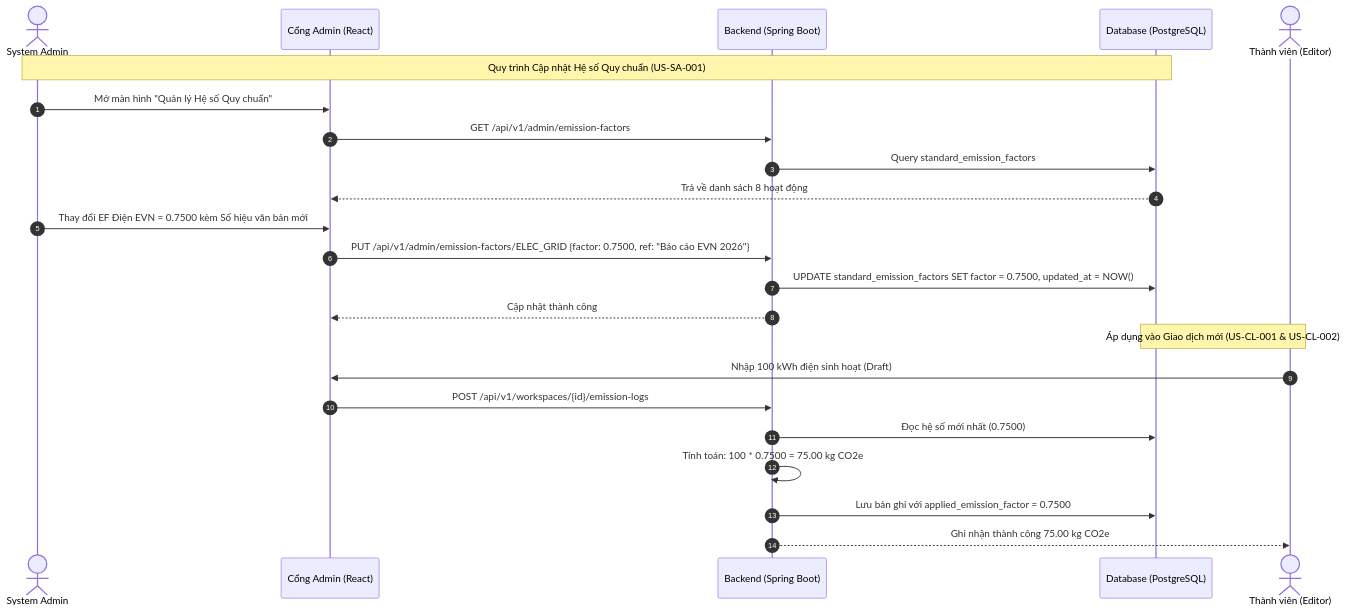
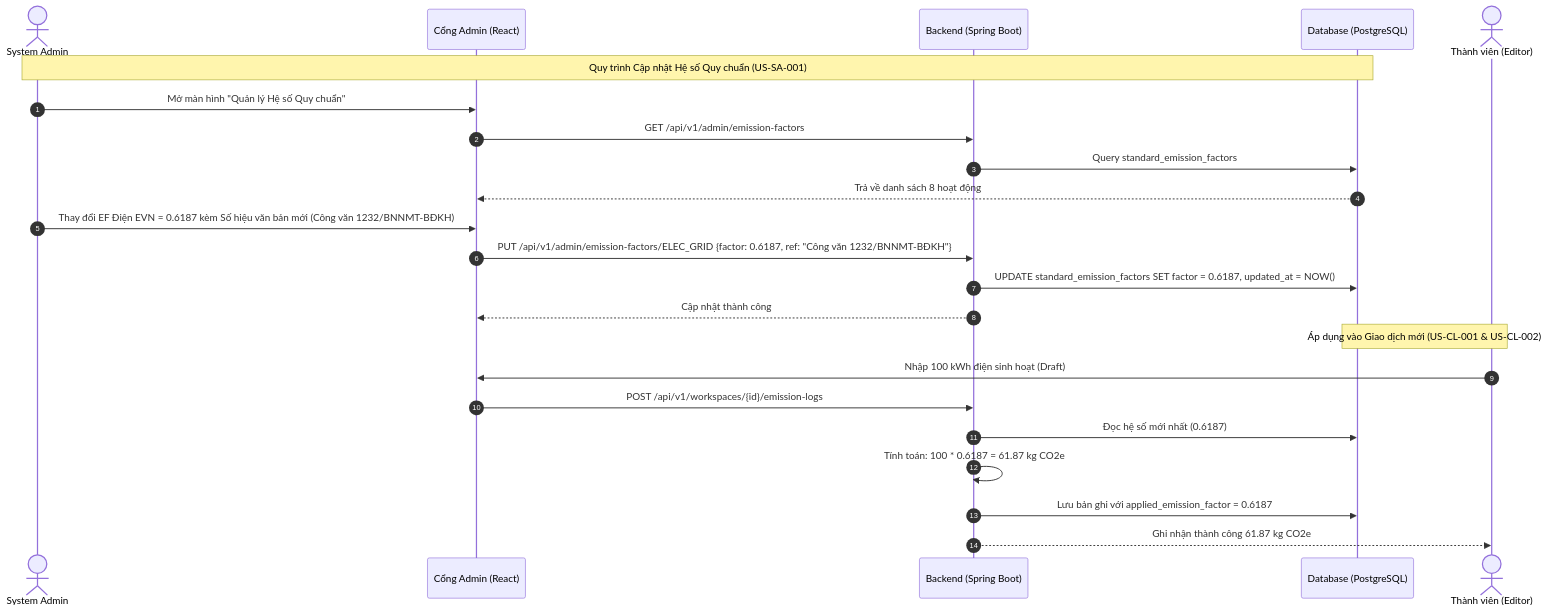
Before and after one commit to DatTienNguyenn/PMDC-BATCH4-DATNT250: the third of 3 diagrams in docs/activity-supported.md, drawn with Mermaid. The commit also changed other lines of this file, not shown here.

Commit message:
feat(docs): update emission factors per DEFRA 2026 and Official Dispatch 1232/BNNMT-BĐKH

````diff
--- a/docs/activity-supported.md
+++ b/docs/activity-supported.md
@@ -332,27 +344,27 @@
 ```mermaid
 sequenceDiagram
     autonumber
     actor Admin as System Admin
     participant UI as Cổng Admin (React)
     participant API as Backend (Spring Boot)
     participant DB as Database (PostgreSQL)
     actor User as Thành viên (Editor)
 
     Note over Admin, DB: Quy trình Cập nhật Hệ số Quy chuẩn (US-SA-001)
     Admin->>UI: Mở màn hình "Quản lý Hệ số Quy chuẩn"
     UI->>API: GET /api/v1/admin/emission-factors
     API->>DB: Query standard_emission_factors
     DB-->>UI: Trả về danh sách 8 hoạt động
-    Admin->>UI: Thay đổi EF Điện EVN = 0.7500 kèm Số hiệu văn bản mới
-    UI->>API: PUT /api/v1/admin/emission-factors/ELEC_GRID {factor: 0.7500, ref: "Báo cáo EVN 2026"}
-    API->>DB: UPDATE standard_emission_factors SET factor = 0.7500, updated_at = NOW()
+    Admin->>UI: Thay đổi EF Điện EVN = 0.6187 kèm Số hiệu văn bản mới (Công văn 1232/BNNMT-BĐKH)
+    UI->>API: PUT /api/v1/admin/emission-factors/ELEC_GRID {factor: 0.6187, ref: "Công văn 1232/BNNMT-BĐKH"}
+    API->>DB: UPDATE standard_emission_factors SET factor = 0.6187, updated_at = NOW()
     API-->>UI: Cập nhật thành công
 
     Note over User, DB: Áp dụng vào Giao dịch mới (US-CL-001 & US-CL-002)
     User->>UI: Nhập 100 kWh điện sinh hoạt (Draft)
     UI->>API: POST /api/v1/workspaces/{id}/emission-logs
-    API->>DB: Đọc hệ số mới nhất (0.7500)
-    API->>API: Tính toán: 100 * 0.7500 = 75.00 kg CO2e
-    API->>DB: Lưu bản ghi với applied_emission_factor = 0.7500
-    API-->>User: Ghi nhận thành công 75.00 kg CO2e
+    API->>DB: Đọc hệ số mới nhất (0.6187)
+    API->>API: Tính toán: 100 * 0.6187 = 61.87 kg CO2e
+    API->>DB: Lưu bản ghi với applied_emission_factor = 0.6187
+    API-->>User: Ghi nhận thành công 61.87 kg CO2e
 ```
````
